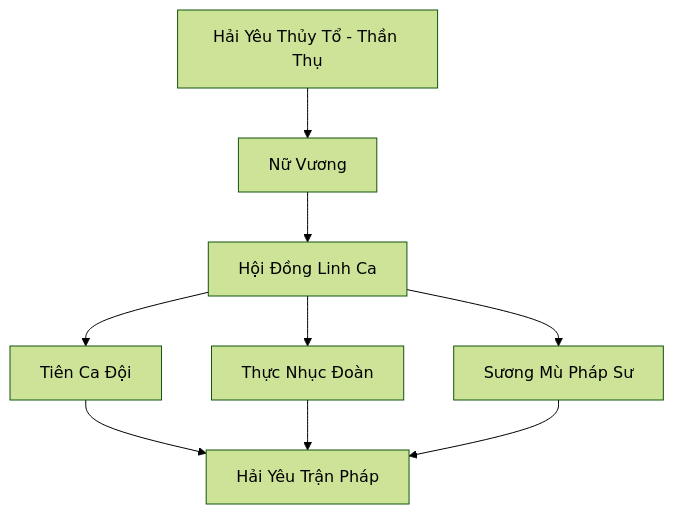
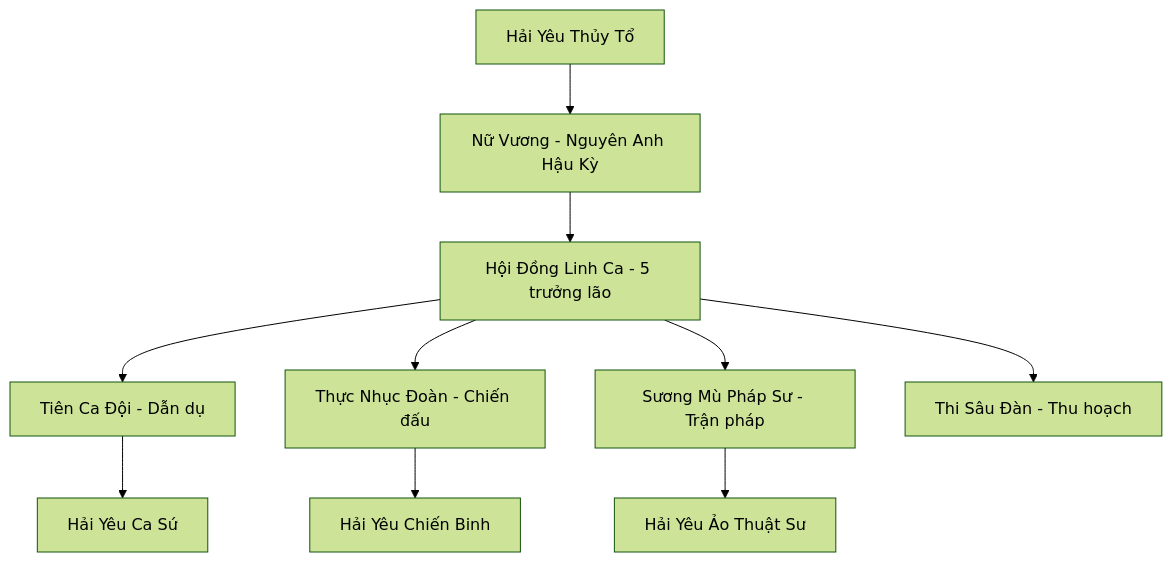
Before and after one commit to Sampi314/Obsidian_Novel_v2: the first of 2 diagrams in Đạo/Thế_Lực/Vô_Tận_Hải/Hải_Yêu_Mê_Cung.md, drawn with Mermaid (forest theme). The commit also changed other lines of this file, not shown here.

Commit message:
Mở rộng hồ sơ Hải Yêu Mê Cung (Vô Tận Hải) — bổ sung chi tiết 11 mục

````diff
--- a/Đạo/Thế_Lực/Vô_Tận_Hải/Hải_Yêu_Mê_Cung.md
+++ b/Đạo/Thế_Lực/Vô_Tận_Hải/Hải_Yêu_Mê_Cung.md
@@ -94,11 +94,12 @@
 ```mermaid
 graph TD
-    HYTT[Hải Yêu Thủy Tổ - Thần Thụ] --> NV[Nữ Vương]
-    NV --> HDTL[Hội Đồng Linh Ca]
-    HDTL --> TCĐ[Tiên Ca Đội]
-    HDTL --> TNĐ[Thực Nhục Đoàn]
-    HDTL --> SMPS[Sương Mù Pháp Sư]
-    TCĐ --> HY[Hải Yêu Dẫn Dụ]
-    TNĐ --> HY[Hải Yêu Chiến Đấu]
-    SMPS --> HY[Hải Yêu Trận Pháp]
+    HYTT[Hải Yêu Thủy Tổ] --> NV[Nữ Vương - Nguyên Anh Hậu Kỳ]
+    NV --> HDLC[Hội Đồng Linh Ca - 5 trưởng lão]
+    HDLC --> TCĐ[Tiên Ca Đội - Dẫn dụ]
+    HDLC --> TNĐ[Thực Nhục Đoàn - Chiến đấu]
+    HDLC --> SMPS[Sương Mù Pháp Sư - Trận pháp]
+    HDLC --> TSD[Thi Sâu Đàn - Thu hoạch]
+    TCĐ --> HY1[Hải Yêu Ca Sứ]
+    TNĐ --> HY2[Hải Yêu Chiến Binh]
+    SMPS --> HY3[Hải Yêu Ảo Thuật Sư]
 ```
````
